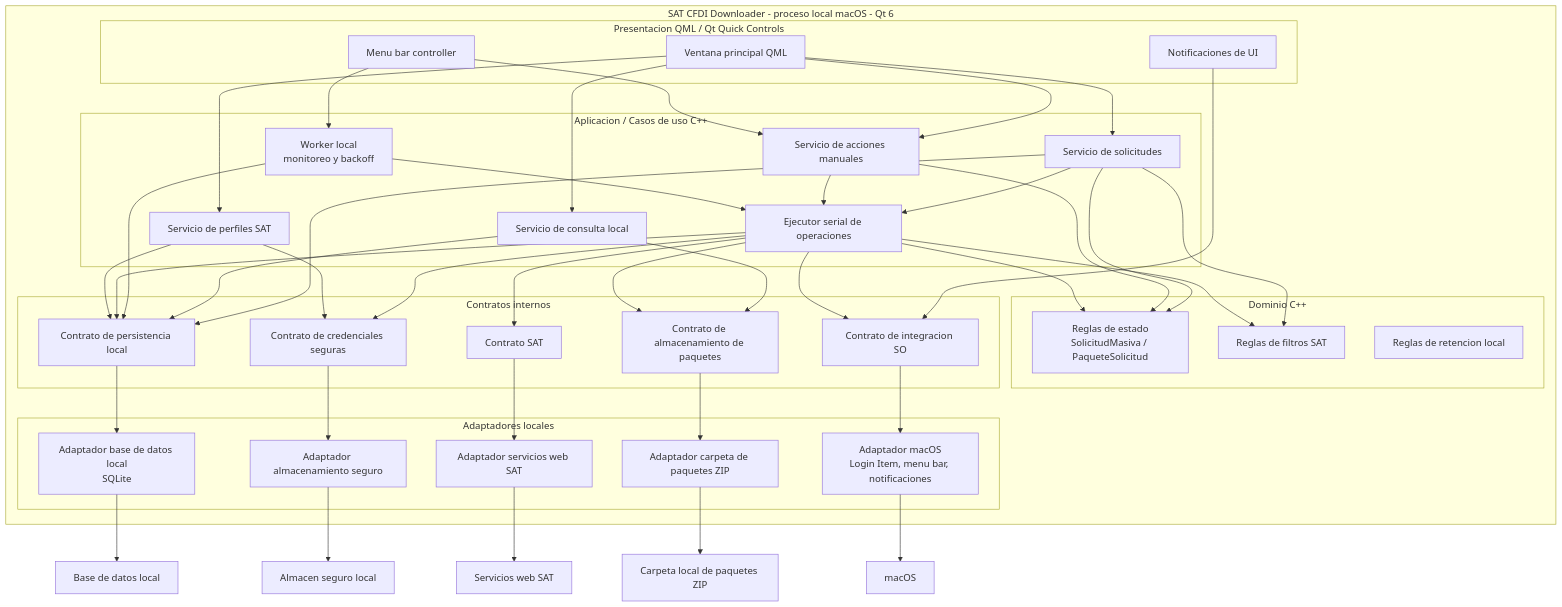
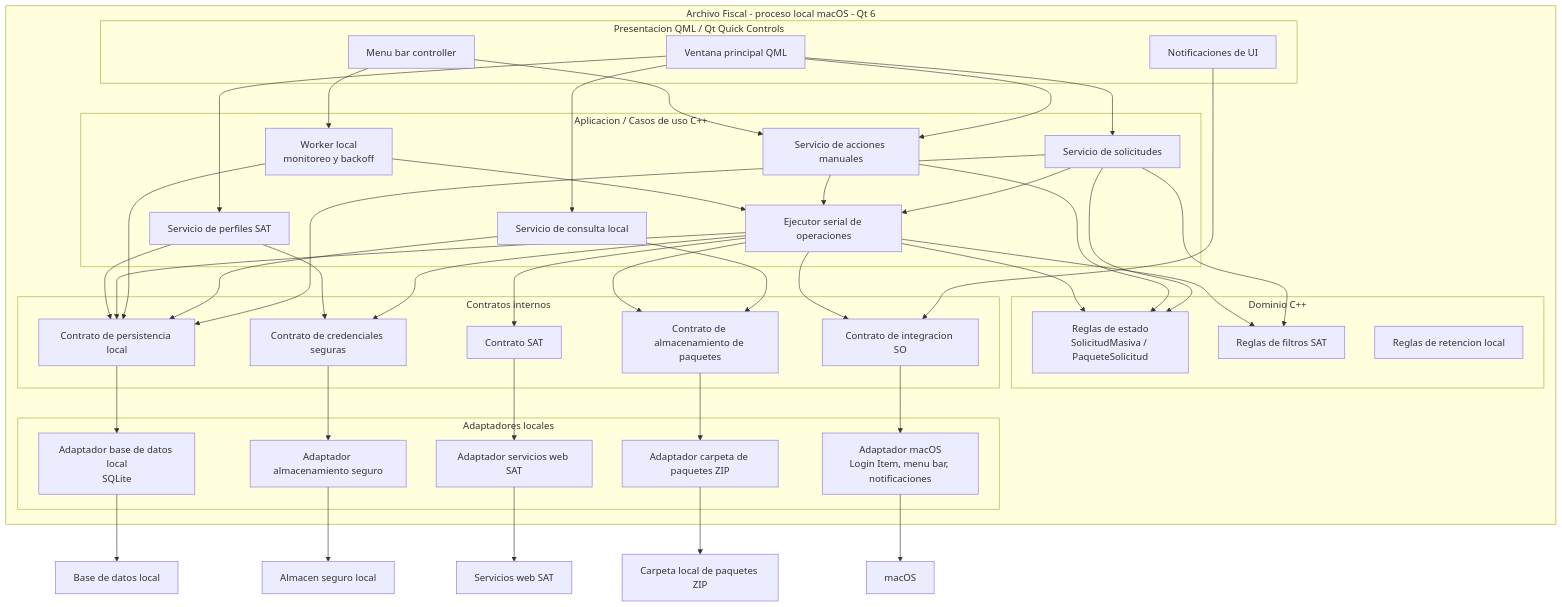
One commit to irritila/sat-cfdi-downloader changed diagram 13 of 21 in docs/architecture.md. Above: the diagram before and after it, drawn with Mermaid. The commit also changed other lines of this file and 67 other files, not shown here.

First line of the commit message:
feat: rename app to "Archivo Fiscal" and migrate package folder (T019)

````diff
--- a/docs/architecture.md
+++ b/docs/architecture.md
@@ -847,6 +847,6 @@
 ```mermaid
 flowchart TB
-    subgraph app["SAT CFDI Downloader - proceso local macOS - Qt 6"]
+    subgraph app["Archivo Fiscal - proceso local macOS - Qt 6"]
         subgraph presentation["Presentacion QML / Qt Quick Controls"]
             main_ui["Ventana principal QML"]
             menu_bar["Menu bar controller"]
````
